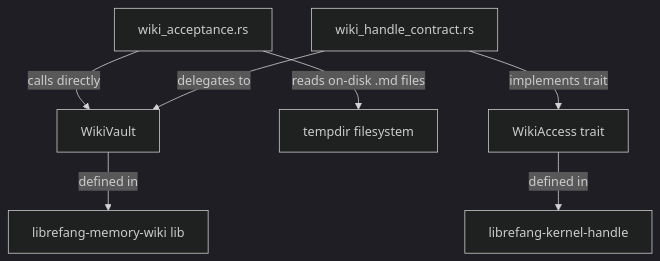
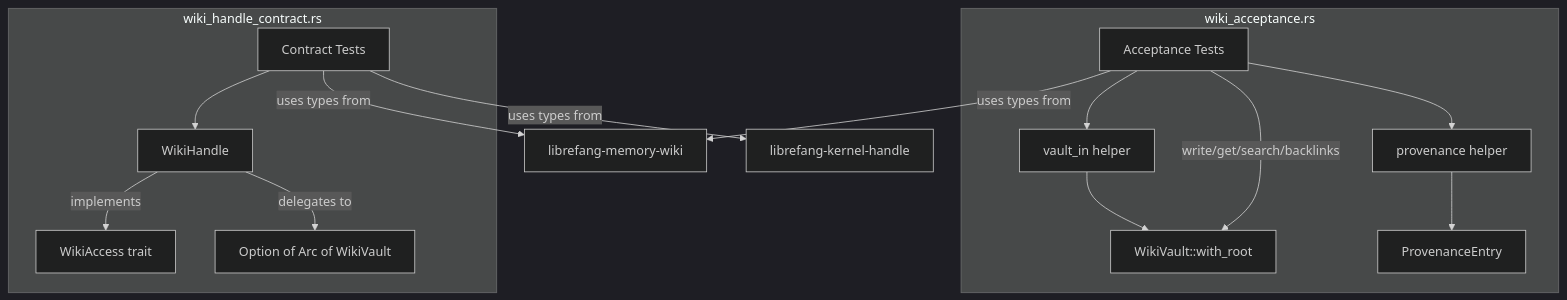
One commit to leszek3737/librefang-WIki changed the diagram in other-librefang-memory-wiki-tests.md. Above: the diagram before and after it, drawn with Mermaid (dark theme). The commit also changed other lines of this file and 119 other files, not shown here.

````diff
--- a/other-librefang-memory-wiki-tests.md
+++ b/other-librefang-memory-wiki-tests.md
@@ -71,9 +14,18 @@
 ```mermaid
 graph TD
-    A[wiki_acceptance.rs] -->|calls directly| V[WikiVault]
-    A -->|reads on-disk .md files| FS[tempdir filesystem]
-    H[wiki_handle_contract.rs] -->|implements trait| T[WikiAccess trait]
-    H -->|delegates to| V
-    T -->|defined in| K[librefang-kernel-handle]
-    V -->|defined in| L[librefang-memory-wiki lib]
+    subgraph "wiki_acceptance.rs"
+        A[vault_in helper] --> B[WikiVault::with_root]
+        C[provenance helper] --> D[ProvenanceEntry]
+        E[Acceptance Tests] --> A
+        E --> C
+        E -->|write/get/search/backlinks| B
+    end
+    subgraph "wiki_handle_contract.rs"
+        F[WikiHandle] -->|implements| G[WikiAccess trait]
+        H[Contract Tests] --> F
+        F -->|delegates to| I[Option of Arc of WikiVault]
+    end
+    E -->|uses types from| J[librefang-memory-wiki]
+    H -->|uses types from| J
+    H -->|uses types from| K[librefang-kernel-handle]
 ```
````
